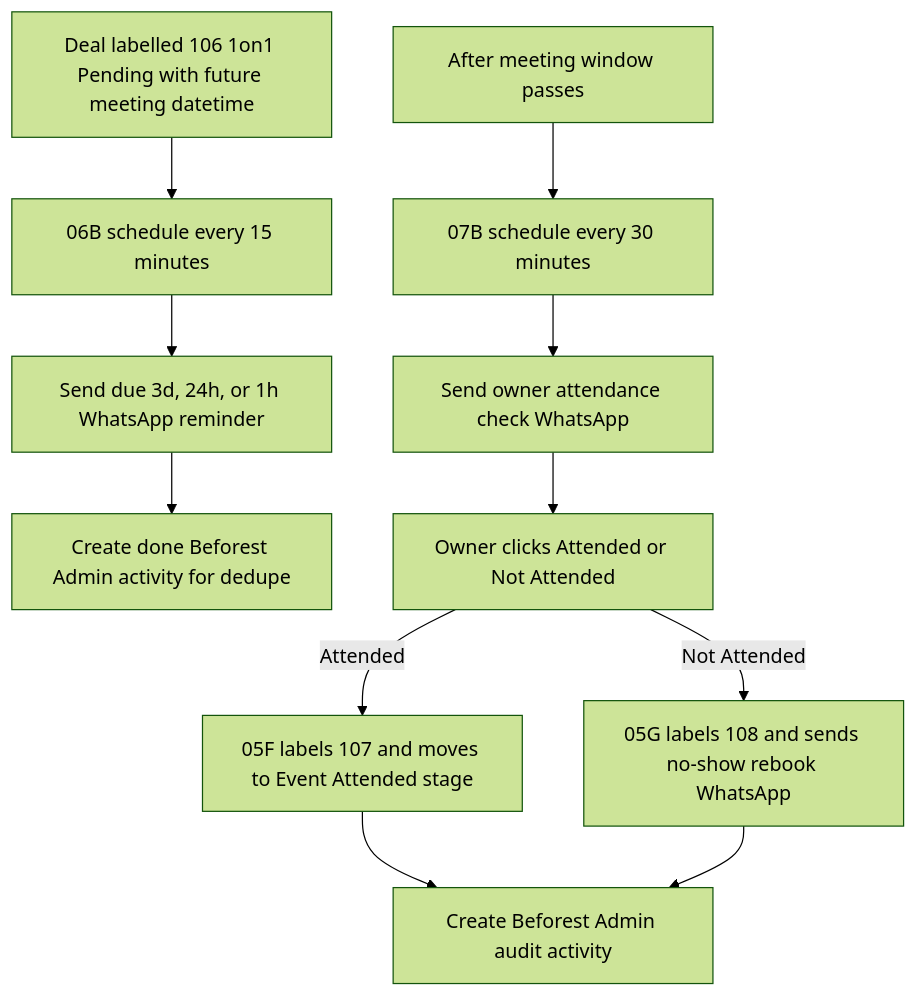
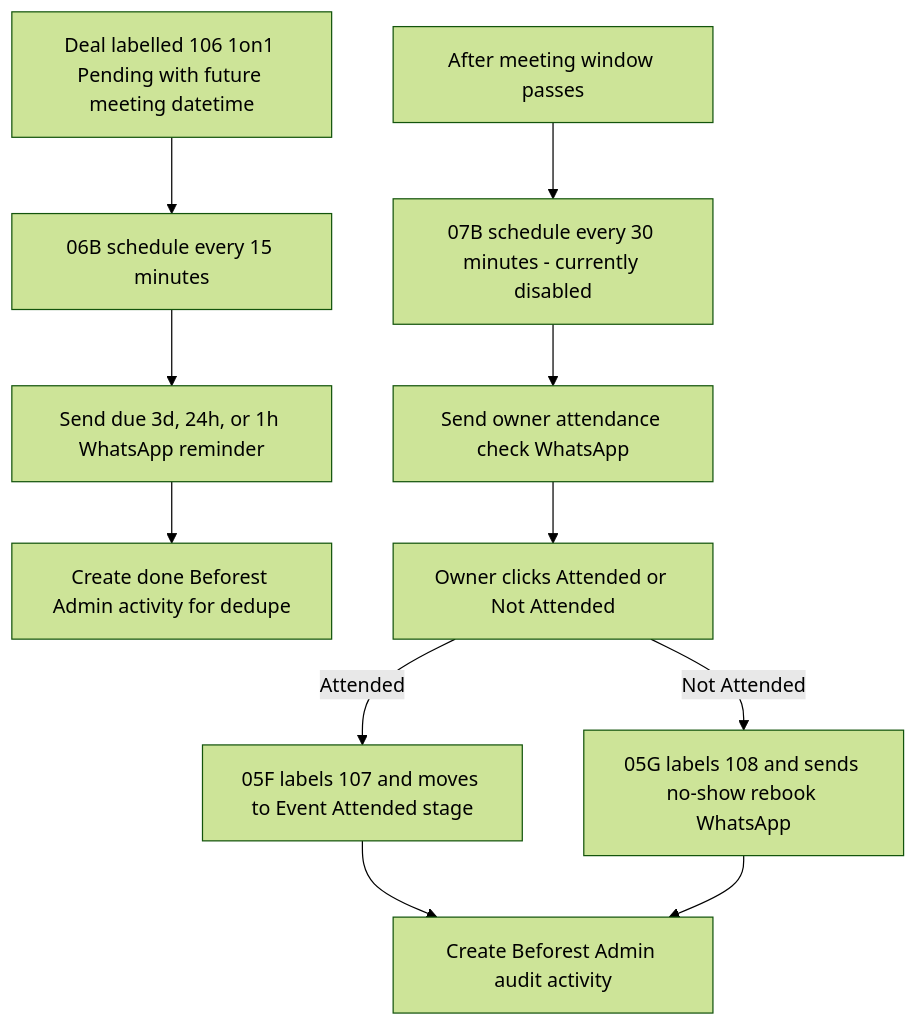
Before and after one commit to harshaislive/windmill: the fourth of 5 diagrams in workflow_sales/team_handoff/01_system_overview.md, drawn with Mermaid (forest theme). The commit also changed other lines of this file and 971 other files, not shown here.

````diff
--- a/workflow_sales/team_handoff/01_system_overview.md
+++ b/workflow_sales/team_handoff/01_system_overview.md
@@ -92,13 +101,13 @@
 ```mermaid
 flowchart TD
   A["Deal labelled 106 1on1 Pending with future meeting datetime"] --> B["06B schedule every 15 minutes"]
   B --> C["Send due 3d, 24h, or 1h WhatsApp reminder"]
   C --> D["Create done Beforest Admin activity for dedupe"]
-  E["After meeting window passes"] --> F["07B schedule every 30 minutes"]
+  E["After meeting window passes"] --> F["07B schedule every 30 minutes - currently disabled"]
   F --> G["Send owner attendance check WhatsApp"]
   G --> H["Owner clicks Attended or Not Attended"]
   H -->|"Attended"| I["05F labels 107 and moves to Event Attended stage"]
   H -->|"Not Attended"| J["05G labels 108 and sends no-show rebook WhatsApp"]
   I --> K["Create Beforest Admin audit activity"]
   J --> K
 ```
````
